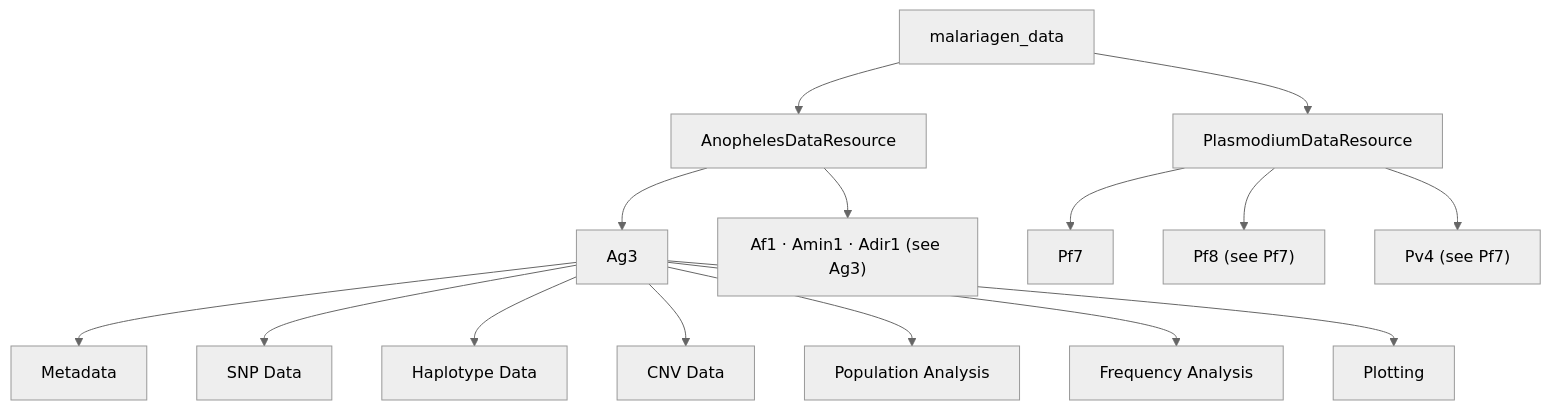
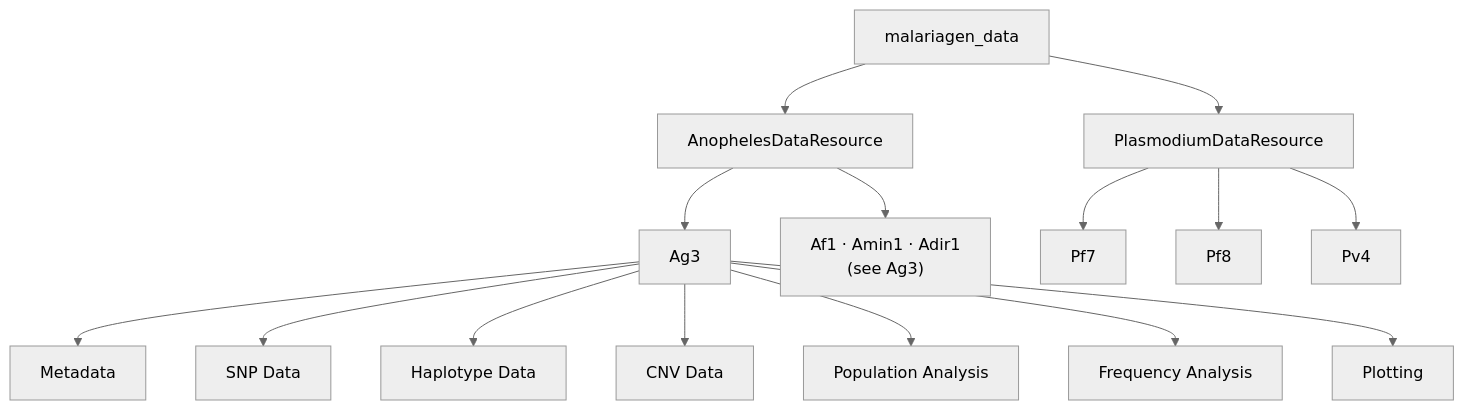
One commit to malariagen/malariagen-data-python changed the diagram in docs/source/index.rst. Above: the diagram before and after it, drawn with Mermaid (neutral theme). The commit also changed 1 other file, not shown here.

Commit message:
docs: update API overview diagram rendering

```diff
--- a/docs/source/index.rst
+++ b/docs/source/index.rst
@@ -15,17 +15,17 @@
 .. mermaid::
 
    flowchart TD
        malariagen_data --> AnophelesDataResource
        malariagen_data --> PlasmodiumDataResource
        AnophelesDataResource --> Ag3
-       AnophelesDataResource --> AfGroup["Af1 · Amin1 · Adir1 (see Ag3)"]
+       AnophelesDataResource --> AfGroup["Af1 · Amin1 · Adir1 </br> (see Ag3)"]
        Ag3 --> Metadata["Metadata"]
        Ag3 --> SNP["SNP Data"]
        Ag3 --> Hap["Haplotype Data"]
        Ag3 --> CNV["CNV Data"]
        Ag3 --> Analysis["Population Analysis"]
        Ag3 --> Frequency["Frequency Analysis"]
        Ag3 --> Plotting["Plotting"]
        PlasmodiumDataResource --> Pf7
-       PlasmodiumDataResource --> Pf8["Pf8 (see Pf7)"]
-       PlasmodiumDataResource --> Pv4["Pv4 (see Pf7)"]
+       PlasmodiumDataResource --> Pf8
+       PlasmodiumDataResource --> Pv4
```
